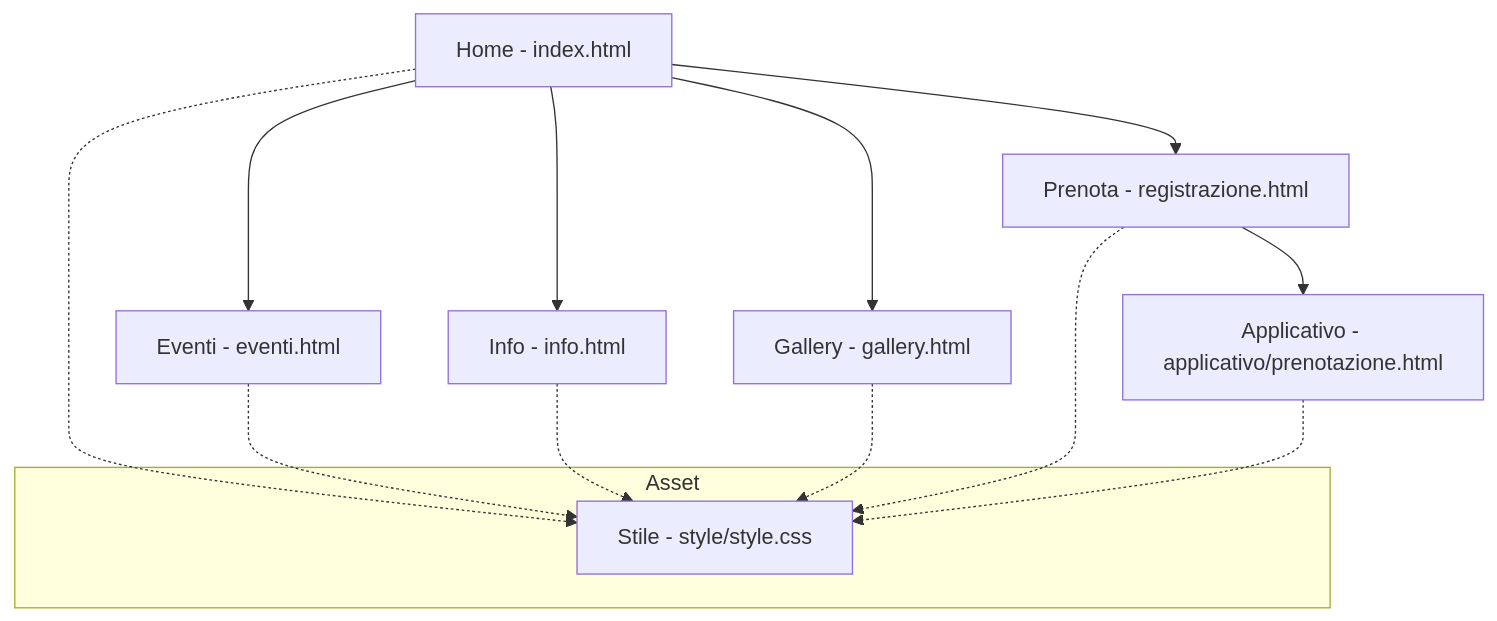
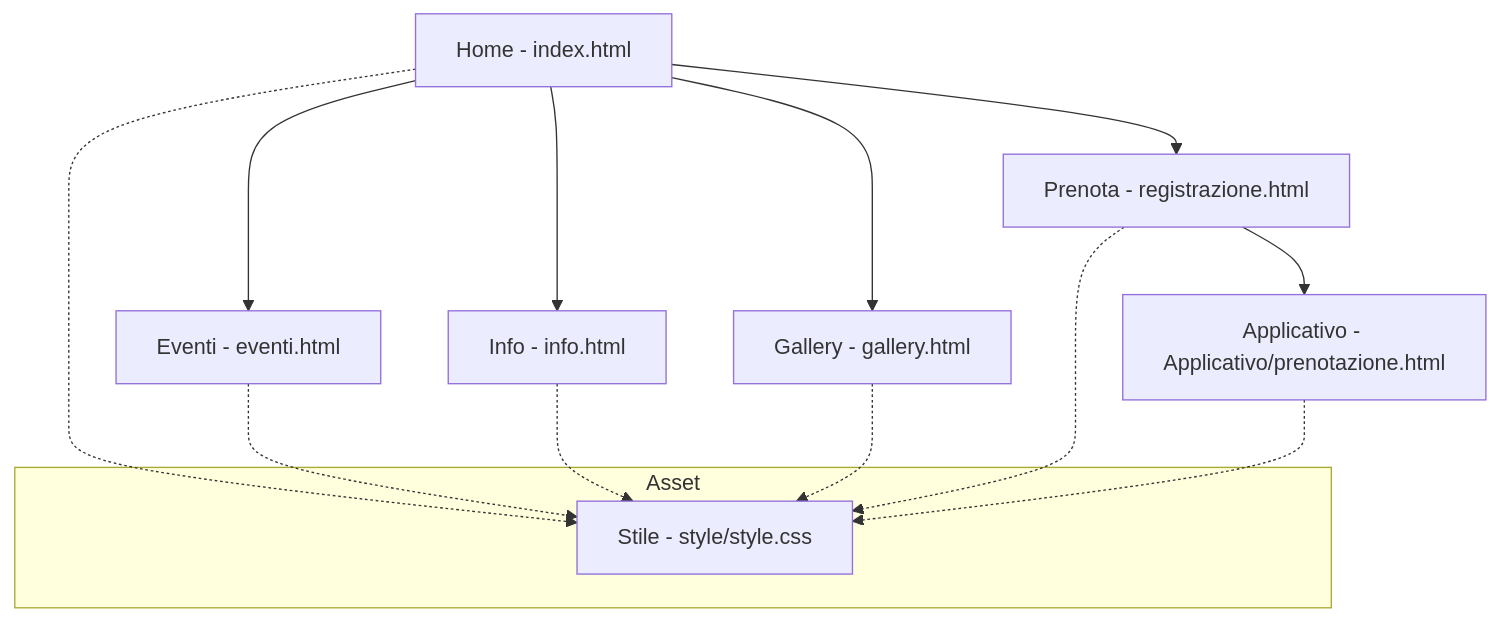
The diagram in Sito_Web/DOCUMENTO_ARCHITETTURALE_SITO.md (ShadowAngel00/PW_Capozzi_Angelo_146190_56782), drawn with Mermaid before and after one commit. The commit also changed other lines of this file and 6 other files, not shown here.

````diff
--- a/Sito_Web/DOCUMENTO_ARCHITETTURALE_SITO.md
+++ b/Sito_Web/DOCUMENTO_ARCHITETTURALE_SITO.md
@@ -5,19 +5,19 @@
 ```mermaid
 graph TD
     A[Home - index.html] --> B[Eventi - eventi.html]
     A --> C[Info - info.html]
     A --> D[Gallery - gallery.html]
     A --> E[Prenota - registrazione.html]
-    E --> F[Applicativo - applicativo/prenotazione.html]
+    E --> F[Applicativo - Applicativo/prenotazione.html]
     
     subgraph Asset
     G[Stile - style/style.css]
     end
     
     A -.-> G
     B -.-> G
     C -.-> G
     D -.-> G
     E -.-> G
     F -.-> G
 ```
````
